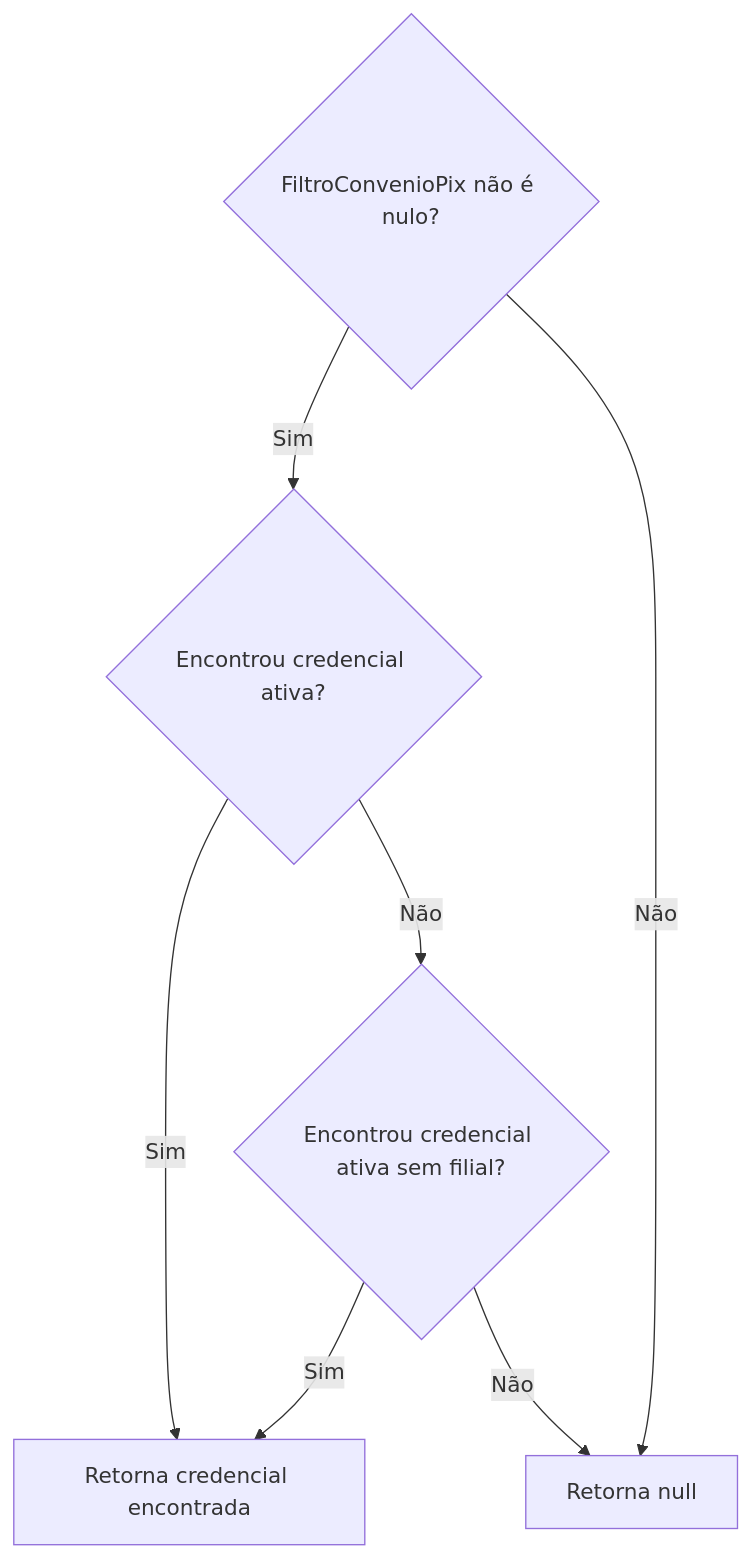
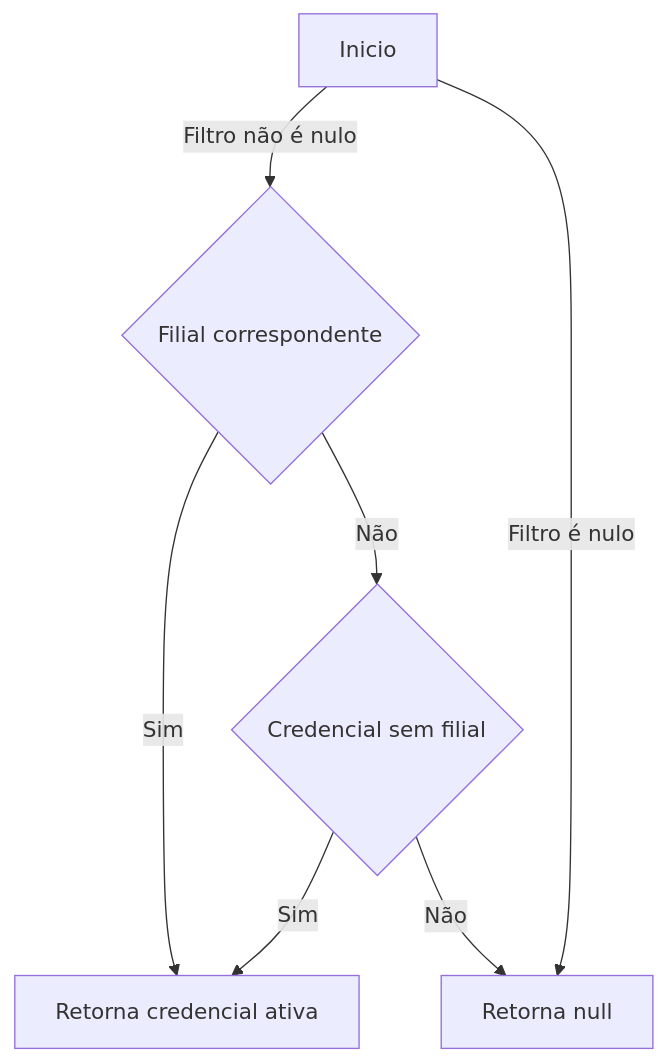
The first of 2 diagrams in docs/b2b-dominio/IsthmusWinthor.Nucleo/IsthmusWinthor.Dominio/Entidades/ConvenioPix.md (IsthmusSistemas/documentacao-tecnica), drawn with Mermaid before and after one commit. The commit also changed other lines of this file and 882 other files, not shown here.

````diff
--- a/docs/b2b-dominio/IsthmusWinthor.Nucleo/IsthmusWinthor.Dominio/Entidades/ConvenioPix.md
+++ b/docs/b2b-dominio/IsthmusWinthor.Nucleo/IsthmusWinthor.Dominio/Entidades/ConvenioPix.md
@@ -19,10 +19,9 @@
 ```mermaid
 flowchart TD
-    A{"FiltroConvenioPix não é nulo?"}
-    A -- Sim --> B{"Encontrou credencial ativa?"}
-    B -- Sim --> C["Retorna credencial encontrada"]
-    B -- Não --> D{"Encontrou credencial ativa sem filial?"}
-    D -- Sim --> C
-    D -- Não --> E["Retorna null"]
-    A -- Não --> E
+    A[Inicio] -->|Filtro não é nulo| B{Filial correspondente}
+    B -->|Sim| C[Retorna credencial ativa]
+    B -->|Não| D{Credencial sem filial}
+    D -->|Sim| C[Retorna credencial ativa]
+    D -->|Não| E[Retorna null]
+    A -->|Filtro é nulo| E[Retorna null]
 ```
````
